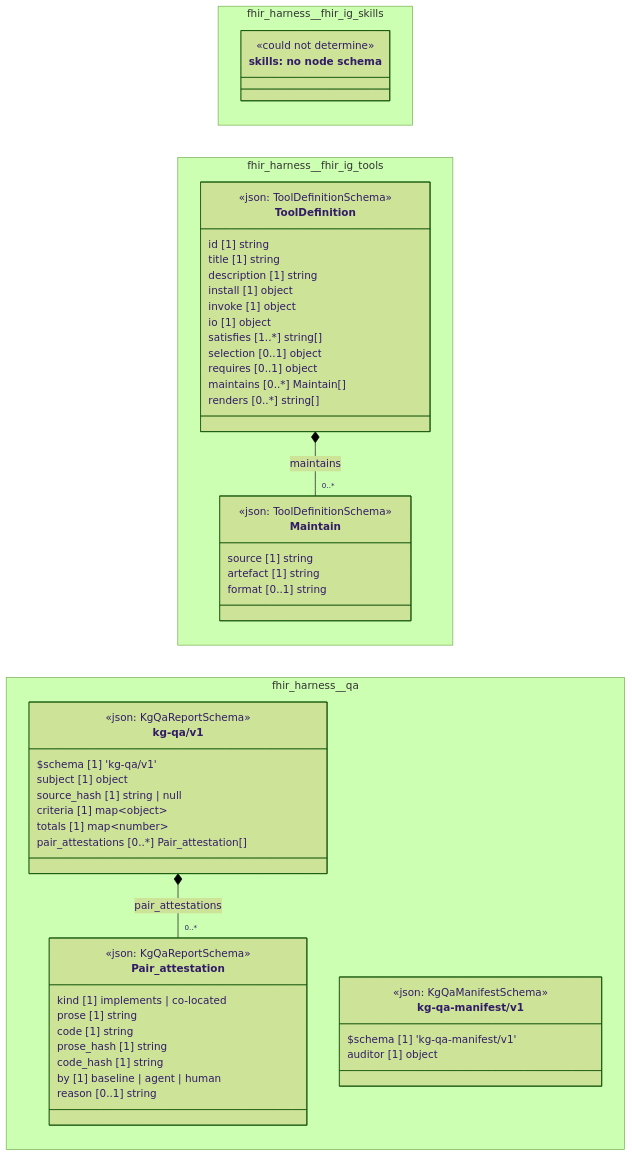
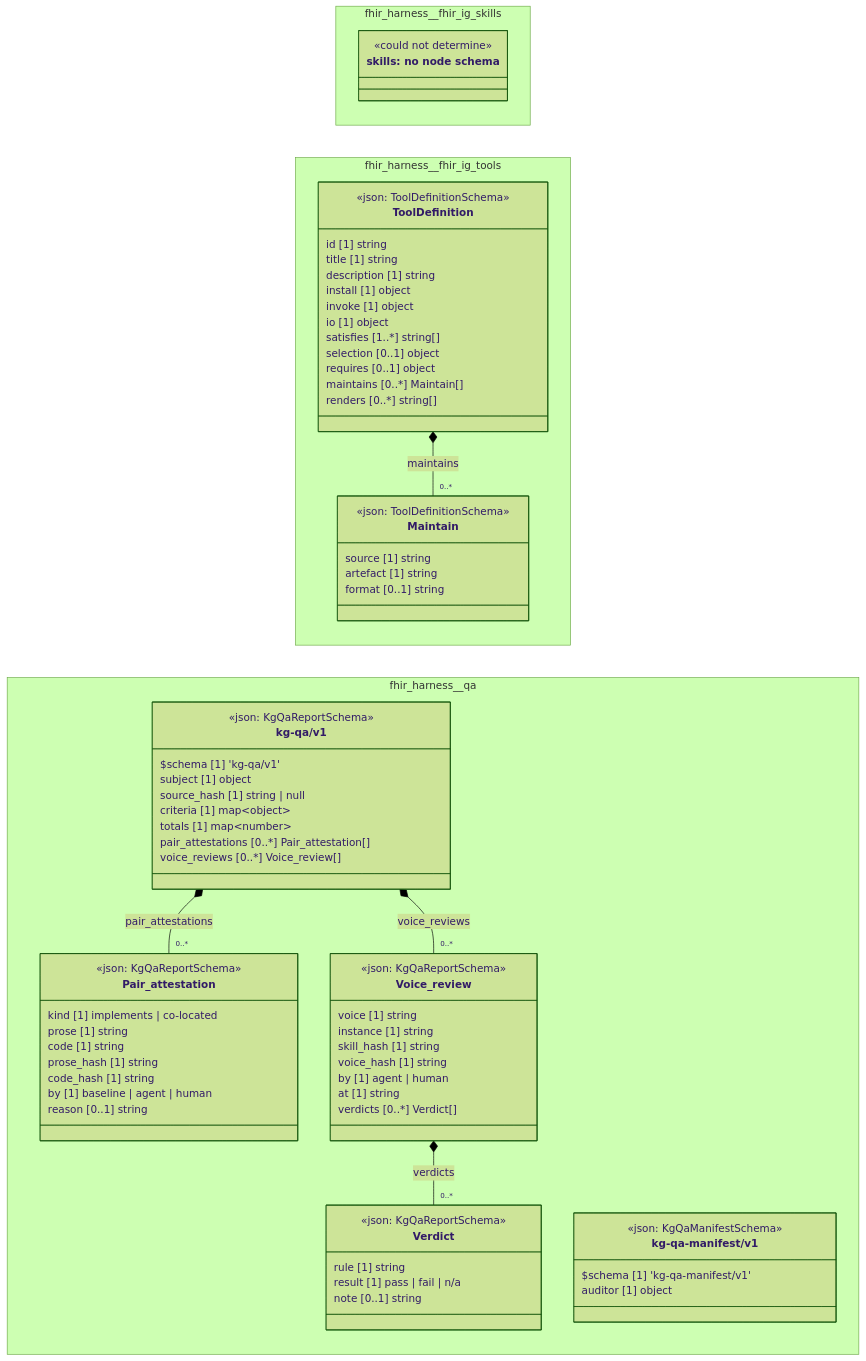
The diagram in cat-harness/docs/uml/overview/fhir-harness.md (litlfred/folio-assistant), drawn with Mermaid (forest theme) before and after one commit. The commit also changed 573 other files, not shown here.

First line of the commit message:
rkqp: agentic review axis for skills against the skill voices

````diff
--- a/cat-harness/docs/uml/overview/fhir-harness.md
+++ b/cat-harness/docs/uml/overview/fhir-harness.md
@@ -84,6 +84,22 @@
       by [1] baseline | agent | human
       reason [0..1] string
     }
+    class fhir_harness_qa_kg_qa_v1_Verdict["Verdict"] {
+      <<json: KgQaReportSchema>>
+      rule [1] string
+      result [1] pass | fail | n/a
+      note [0..1] string
+    }
+    class fhir_harness_qa_kg_qa_v1_Voice_review["Voice_review"] {
+      <<json: KgQaReportSchema>>
+      voice [1] string
+      instance [1] string
+      skill_hash [1] string
+      voice_hash [1] string
+      by [1] agent | human
+      at [1] string
+      verdicts [0..*] Verdict[]
+    }
     class fhir_harness_qa_kg_qa_v1_kg_qa_v1["kg-qa/v1"] {
       <<json: KgQaReportSchema>>
       $schema [1] 'kg-qa/v1'
@@ -92,6 +108,7 @@
       criteria [1] map~object~
       totals [1] map~number~
       pair_attestations [0..*] Pair_attestation[]
+      voice_reviews [0..*] Voice_review[]
     }
     class fhir_harness_qa_kg_qa_manifest_v1_kg_qa_manifest_v1["kg-qa-manifest/v1"] {
       <<json: KgQaManifestSchema>>
@@ -105,7 +122,11 @@
   cssClass "fhir_harness_fhir_ig_tools_Maintain" fa_uml_kind_tools
   cssClass "fhir_harness_fhir_ig_tools_ToolDefinition" fa_uml_kind_tools
   fhir_harness_qa_kg_qa_v1_kg_qa_v1 *-- "0..*" fhir_harness_qa_kg_qa_v1_Pair_attestation : pair_attestations
+  fhir_harness_qa_kg_qa_v1_Voice_review *-- "0..*" fhir_harness_qa_kg_qa_v1_Verdict : verdicts
+  fhir_harness_qa_kg_qa_v1_kg_qa_v1 *-- "0..*" fhir_harness_qa_kg_qa_v1_Voice_review : voice_reviews
   cssClass "fhir_harness_qa_kg_qa_v1_Pair_attestation" fa_uml_kind_qa
+  cssClass "fhir_harness_qa_kg_qa_v1_Verdict" fa_uml_kind_qa
+  cssClass "fhir_harness_qa_kg_qa_v1_Voice_review" fa_uml_kind_qa
   cssClass "fhir_harness_qa_kg_qa_v1_kg_qa_v1" fa_uml_kind_qa
   cssClass "fhir_harness_qa_kg_qa_manifest_v1_kg_qa_manifest_v1" fa_uml_kind_qa
 ```
````
